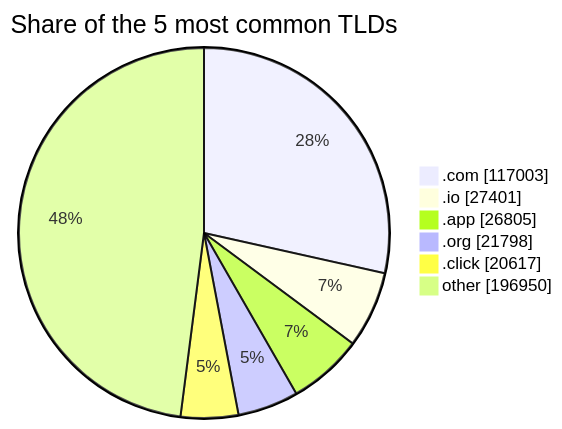
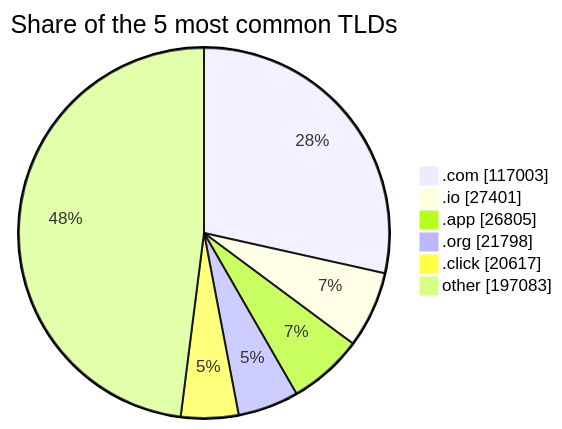
The third of 3 diagrams in README.md (DNSBunker/CTI), drawn with Mermaid before and after one commit. The commit also changed other lines of this file and 3 other files, not shown here.

````diff
--- a/README.md
+++ b/README.md
@@ -81,9 +81,9 @@
 ```mermaid
 pie showData title Share of the 5 most common TLDs
     ".com" : 117003
     ".io" : 27401
     ".app" : 26805
     ".org" : 21798
     ".click" : 20617
-    "other" : 196950
+    "other" : 197083
 ```
````
